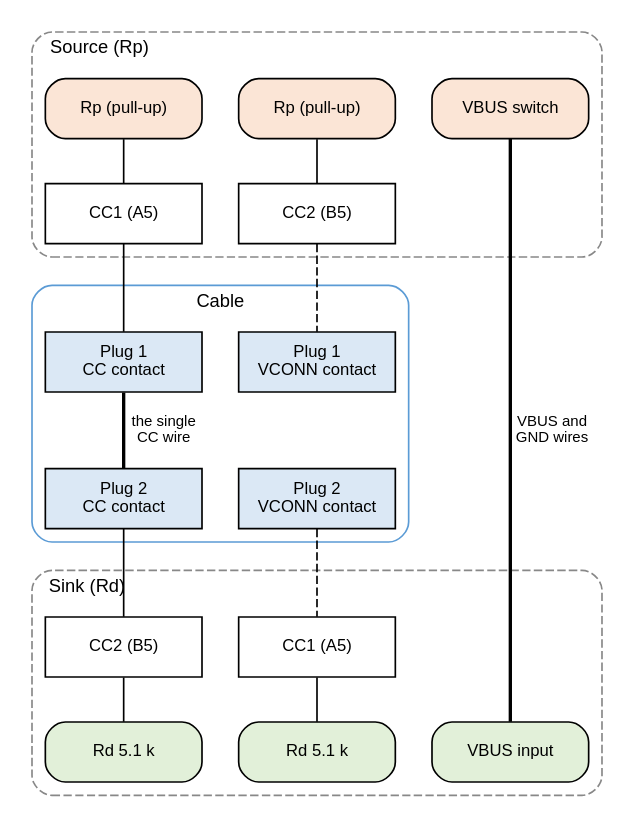
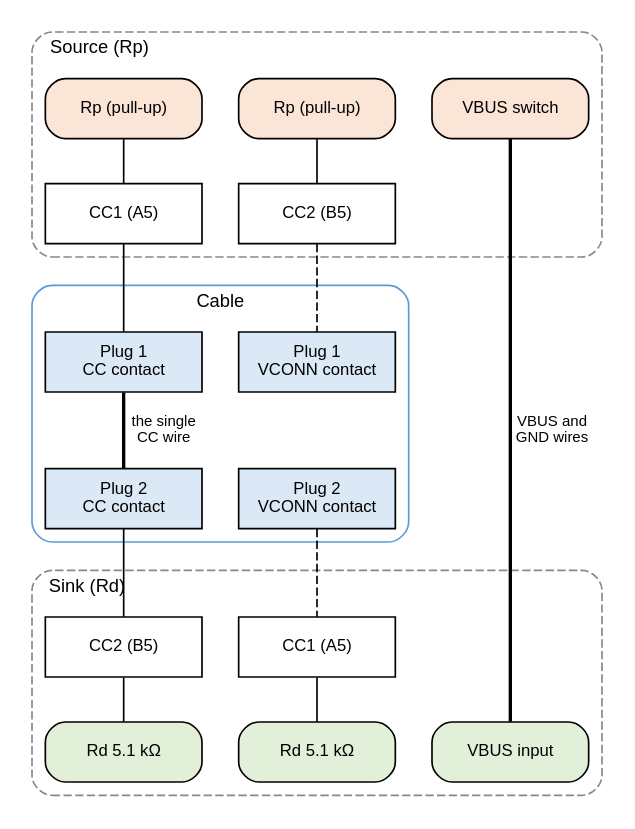
Before and after one commit to mithro/evampire: the diagram in docs/power/usb-pd/cc-wiring.dot, drawn with Graphviz. The commit also changed 1 other file, not shown here.

Commit message:
Clarify the DRP attach diagram and units in the CC wiring diagram
Show ErrorRecovery as reachable from any state when directed and
label its exit, label the AttachWait.SNK to Attached.SNK edge, and
write the Rd value with its unit.

```diff
--- a/docs/power/usb-pd/cc-wiring.dot
+++ b/docs/power/usb-pd/cc-wiring.dot
@@ -1,58 +1,58 @@
 // How the CC wire connects a source to a sink through a USB Type-C cable.
 // The far plug is shown turned over, so source CC1 meets sink CC2.
 // Either end may be a board built around evampire.
 //
 // SPDX-License-Identifier: Apache-2.0
 
 digraph cc_wiring {
     graph [rankdir=TB, fontname="Helvetica", fontsize=11, nodesep=0.3,
            ranksep=0.35, newrank=true];
     node  [shape=box, style="rounded,filled", fillcolor="#f2f2f2",
            fontname="Helvetica", fontsize=10, width=1.3];
     edge  [fontname="Helvetica", fontsize=9, arrowhead=none];
 
     subgraph cluster_src {
         label="Source (Rp)"; labeljust="l"; style="rounded,dashed"; color="#888888";
         rp1    [label="Rp (pull-up)", fillcolor="#fbe5d6"];
         rp2    [label="Rp (pull-up)", fillcolor="#fbe5d6"];
         s_vbus [label="VBUS switch", fillcolor="#fbe5d6"];
         s_cc1  [label="CC1 (A5)", style="filled", fillcolor="#ffffff"];
         s_cc2  [label="CC2 (B5)", style="filled", fillcolor="#ffffff"];
     }
 
     subgraph cluster_cable {
         label="Cable"; style="rounded"; color="#5b9bd5";
         p1_cc    [label="Plug 1\nCC contact", style="filled", fillcolor="#dbe8f5"];
         p1_vconn [label="Plug 1\nVCONN contact", style="filled", fillcolor="#dbe8f5"];
         p2_cc    [label="Plug 2\nCC contact", style="filled", fillcolor="#dbe8f5"];
         p2_vconn [label="Plug 2\nVCONN contact", style="filled", fillcolor="#dbe8f5"];
     }
 
     subgraph cluster_snk {
         label="Sink (Rd)"; labeljust="l"; style="rounded,dashed"; color="#888888";
         k_cc2  [label="CC2 (B5)", style="filled", fillcolor="#ffffff"];
         k_cc1  [label="CC1 (A5)", style="filled", fillcolor="#ffffff"];
-        rd2    [label="Rd 5.1 k", fillcolor="#e2f0d9"];
-        rd1    [label="Rd 5.1 k", fillcolor="#e2f0d9"];
+        rd2    [label="Rd 5.1 kΩ", fillcolor="#e2f0d9"];
+        rd1    [label="Rd 5.1 kΩ", fillcolor="#e2f0d9"];
         k_vbus [label="VBUS input", fillcolor="#e2f0d9"];
     }
 
     { rank=same; rp1; rp2; s_vbus; }
     { rank=same; s_cc1; s_cc2; }
     { rank=same; p1_cc; p1_vconn; }
     { rank=same; p2_cc; p2_vconn; }
     { rank=same; k_cc2; k_cc1; }
     { rank=same; rd2; rd1; k_vbus; }
 
     rp1 -> s_cc1;
     rp2 -> s_cc2;
     s_cc1 -> p1_cc;
     s_cc2 -> p1_vconn [style=dashed];
     p1_cc -> p2_cc [penwidth=2, label=" the single\n CC wire"];
     p1_vconn -> p2_vconn [style=invis];
     p2_cc -> k_cc2;
     p2_vconn -> k_cc1 [style=dashed];
     k_cc2 -> rd2;
     k_cc1 -> rd1;
     s_vbus -> k_vbus [penwidth=2, label=" VBUS and\n GND wires"];
 }
```
